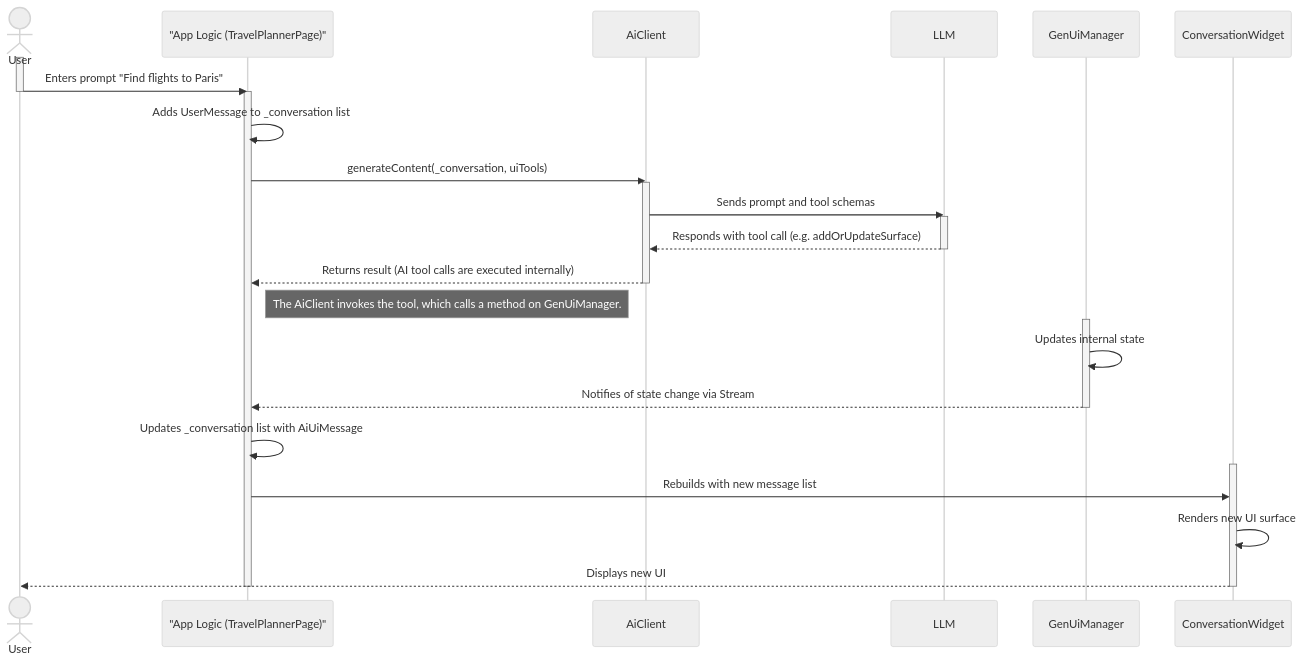
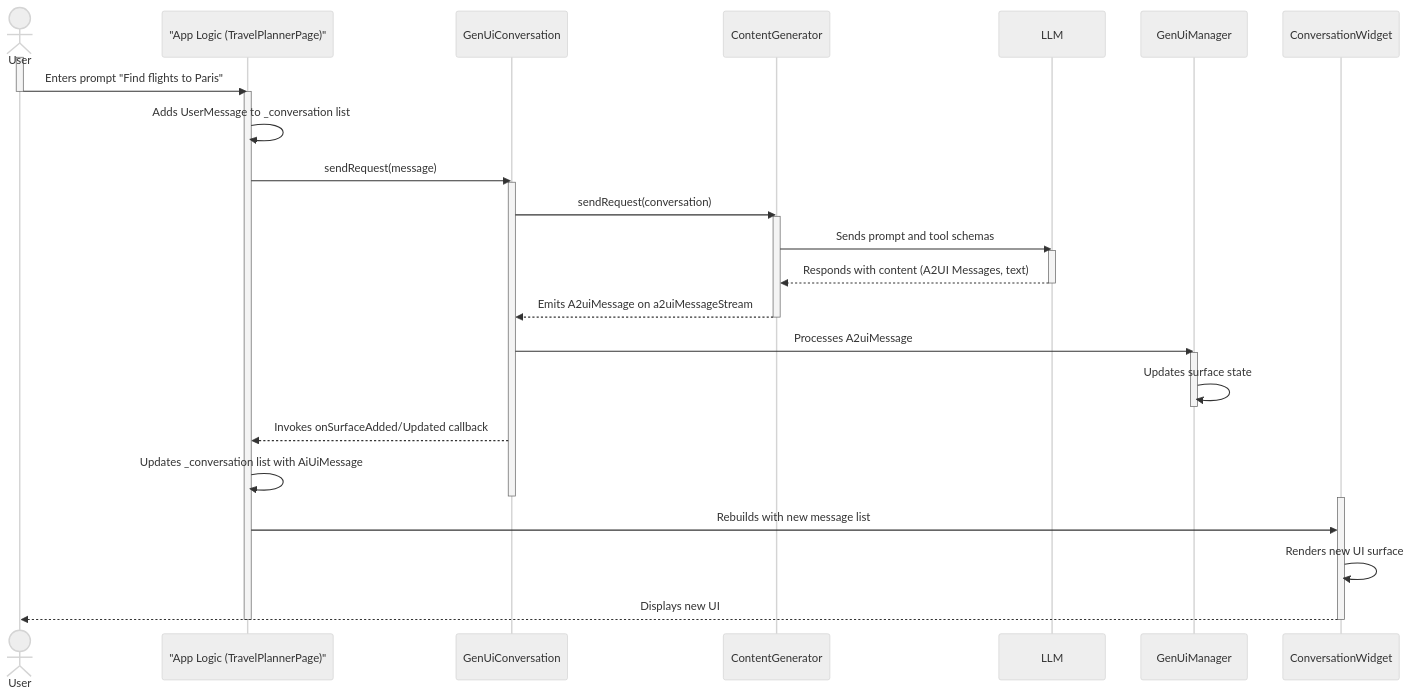
The second of 3 diagrams in examples/travel_app/IMPLEMENTATION.md (sethladd/genui), drawn with Mermaid (neutral theme) before and after one commit. The commit also changed other lines of this file and 84 other files, not shown here.

Commit message:
Refactors the GenUI API to create `ContentGenerator` (#438)

````diff
--- a/examples/travel_app/IMPLEMENTATION.md
+++ b/examples/travel_app/IMPLEMENTATION.md
@@ -118,40 +126,43 @@
 ```mermaid
 sequenceDiagram
     actor User
     participant AppLogic as "App Logic (TravelPlannerPage)"
-    participant AiClient
+    participant GenUiConversation
+    participant ContentGenerator
     participant LLM
     participant GenUiManager
     participant ConversationWidget
 
     activate User
     User->>AppLogic: Enters prompt "Find flights to Paris"
     deactivate User
 
     activate AppLogic
     AppLogic->>AppLogic: Adds UserMessage to _conversation list
-    AppLogic->>AiClient: generateContent(_conversation, uiTools)
-    activate AiClient
-    AiClient->>LLM: Sends prompt and tool schemas
+    AppLogic->>GenUiConversation: sendRequest(message)
+    activate GenUiConversation
+    GenUiConversation->>ContentGenerator: sendRequest(conversation)
+    activate ContentGenerator
+    ContentGenerator->>LLM: Sends prompt and tool schemas
     activate LLM
-    LLM-->>AiClient: Responds with tool call (e.g. addOrUpdateSurface)
+    LLM-->>ContentGenerator: Responds with content (A2UI Messages, text)
     deactivate LLM
-    AiClient-->>AppLogic: Returns result (AI tool calls are executed internally)
-    deactivate AiClient
+    ContentGenerator-->>GenUiConversation: Emits A2uiMessage on a2uiMessageStream
+    deactivate ContentGenerator
 
-    note right of AppLogic: The AiClient invokes the tool, which calls a method on GenUiManager.
-
+    GenUiConversation->>GenUiManager: Processes A2uiMessage
     activate GenUiManager
-    GenUiManager->>GenUiManager: Updates internal state
-    GenUiManager-->>AppLogic: Notifies of state change via Stream
+    GenUiManager->>GenUiManager: Updates surface state
     deactivate GenUiManager
 
+    GenUiConversation-->>AppLogic: Invokes onSurfaceAdded/Updated callback
     AppLogic->>AppLogic: Updates _conversation list with AiUiMessage
+    deactivate GenUiConversation
 
     activate ConversationWidget
     AppLogic->>ConversationWidget: Rebuilds with new message list
     ConversationWidget->>ConversationWidget: Renders new UI surface
     ConversationWidget-->>User: Displays new UI
     deactivate ConversationWidget
     deactivate AppLogic
 ```
````
